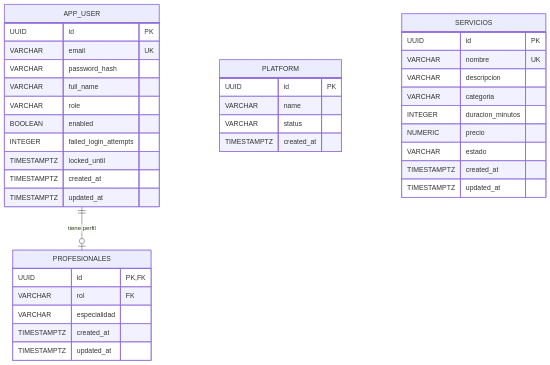
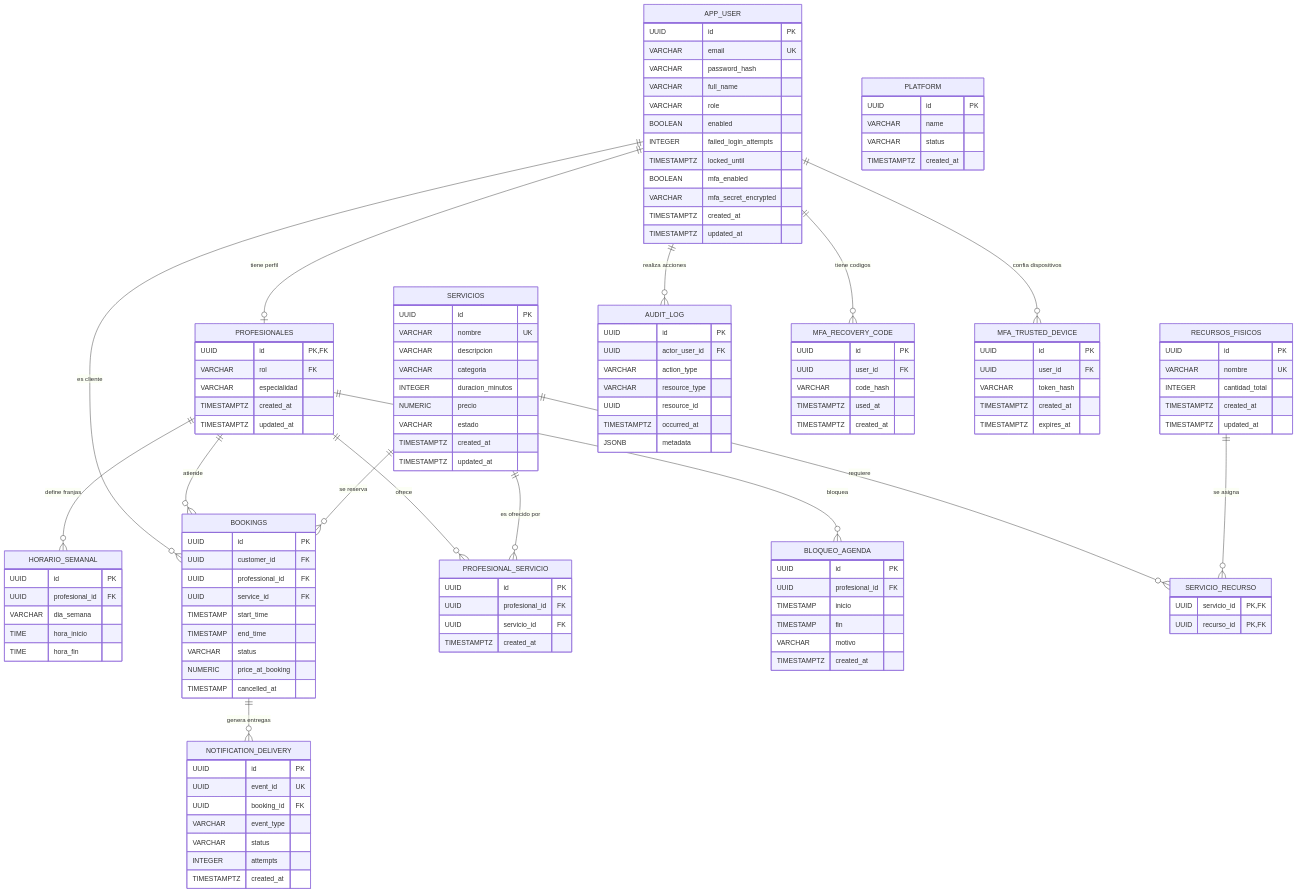
The first of 3 diagrams in README_BASE_DE_DATOS.md (Code-Factory-Bookly/backendcf), drawn with Mermaid before and after one commit. The commit also changed other lines of this file and 2 other files, not shown here.

Commit message:
docs: actualizar diagramas y documentacion de entrega 3

````diff
--- a/README_BASE_DE_DATOS.md
+++ b/README_BASE_DE_DATOS.md
@@ -21,6 +21,8 @@
         BOOLEAN enabled
         INTEGER failed_login_attempts
         TIMESTAMPTZ locked_until
+        BOOLEAN mfa_enabled
+        VARCHAR mfa_secret_encrypted
         TIMESTAMPTZ created_at
         TIMESTAMPTZ updated_at
     }
@@ -48,5 +50,94 @@
         TIMESTAMPTZ created_at
         TIMESTAMPTZ updated_at
     }
-  APP_USER ||--o| PROFESIONALES : "tiene perfil"
+    HORARIO_SEMANAL {
+        UUID id PK
+        UUID profesional_id FK
+        VARCHAR dia_semana
+        TIME hora_inicio
+        TIME hora_fin
+    }
+    BOOKINGS {
+        UUID id PK
+        UUID customer_id FK
+        UUID professional_id FK
+        UUID service_id FK
+        TIMESTAMP start_time
+        TIMESTAMP end_time
+        VARCHAR status
+        NUMERIC price_at_booking
+        TIMESTAMP cancelled_at
+    }
+    PROFESIONAL_SERVICIO {
+        UUID id PK
+        UUID profesional_id FK
+        UUID servicio_id FK
+        TIMESTAMPTZ created_at
+    }
+    BLOQUEO_AGENDA {
+        UUID id PK
+        UUID profesional_id FK
+        TIMESTAMP inicio
+        TIMESTAMP fin
+        VARCHAR motivo
+        TIMESTAMPTZ created_at
+    }
+    RECURSOS_FISICOS {
+        UUID id PK
+        VARCHAR nombre UK
+        INTEGER cantidad_total
+        TIMESTAMPTZ created_at
+        TIMESTAMPTZ updated_at
+    }
+    SERVICIO_RECURSO {
+        UUID servicio_id PK, FK
+        UUID recurso_id PK, FK
+    }
+    NOTIFICATION_DELIVERY {
+        UUID id PK
+        UUID event_id UK
+        UUID booking_id FK
+        VARCHAR event_type
+        VARCHAR status
+        INTEGER attempts
+        TIMESTAMPTZ created_at
+    }
+    AUDIT_LOG {
+        UUID id PK
+        UUID actor_user_id FK
+        VARCHAR action_type
+        VARCHAR resource_type
+        UUID resource_id
+        TIMESTAMPTZ occurred_at
+        JSONB metadata
+    }
+    MFA_RECOVERY_CODE {
+        UUID id PK
+        UUID user_id FK
+        VARCHAR code_hash
+        TIMESTAMPTZ used_at
+        TIMESTAMPTZ created_at
+    }
+    MFA_TRUSTED_DEVICE {
+        UUID id PK
+        UUID user_id FK
+        VARCHAR token_hash
+        TIMESTAMPTZ created_at
+        TIMESTAMPTZ expires_at
+    }
+
+    APP_USER ||--o| PROFESIONALES : "tiene perfil"
+    APP_USER ||--o{ BOOKINGS : "es cliente"
+    APP_USER ||--o{ AUDIT_LOG : "realiza acciones"
+    APP_USER ||--o{ MFA_RECOVERY_CODE : "tiene codigos"
+    APP_USER ||--o{ MFA_TRUSTED_DEVICE : "confia dispositivos"
+    PROFESIONALES ||--o{ HORARIO_SEMANAL : "define franjas"
+    PROFESIONALES ||--o{ BOOKINGS : "atiende"
+    SERVICIOS ||--o{ BOOKINGS : "se reserva"
+    PROFESIONALES ||--o{ PROFESIONAL_SERVICIO : "ofrece"
+    SERVICIOS ||--o{ PROFESIONAL_SERVICIO : "es ofrecido por"
+    PROFESIONALES ||--o{ BLOQUEO_AGENDA : "bloquea"
+    BOOKINGS ||--o{ NOTIFICATION_DELIVERY : "genera entregas"
+    SERVICIOS ||--o{ SERVICIO_RECURSO : "requiere"
+    RECURSOS_FISICOS ||--o{ SERVICIO_RECURSO : "se asigna"
 ```
````
